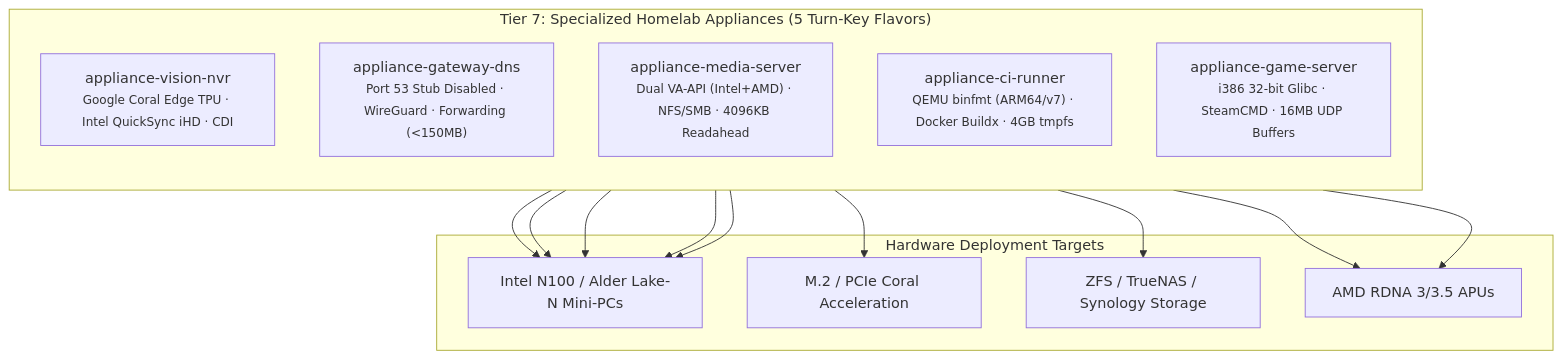
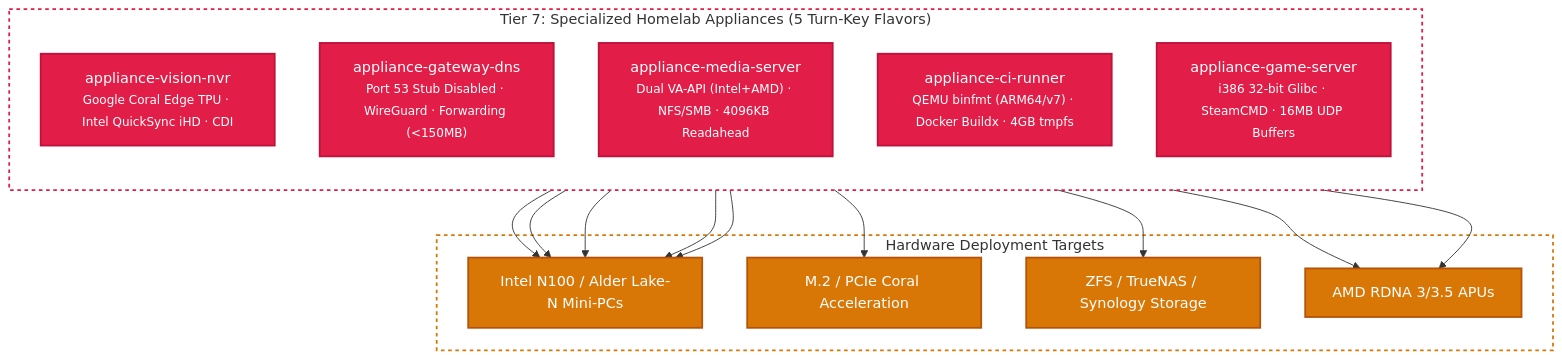
Before and after one commit to lusoris/lusoris-cloud-images: the diagram in docs/flavors/homelab-appliances.md, drawn with Mermaid. The commit also changed 53 other files, not shown here.

First line of the commit message:
feat(agents): implement ai studio managed agents fleet, compliance pipeline, and diagram styling (#24)

````diff
--- a/docs/flavors/homelab-appliances.md
+++ b/docs/flavors/homelab-appliances.md
@@ -14,24 +14,31 @@
 ```mermaid
 flowchart TD
+    %% Semantic class definitions with vibrant, high-contrast jewel palettes
+    classDef app fill:#e11d48,stroke:#be123c,stroke-width:2px,color:#ffffff
+    classDef hw fill:#d97706,stroke:#b45309,stroke-width:2px,color:#ffffff
+
     subgraph Tier7["Tier 7: Specialized Homelab Appliances (5 Turn-Key Flavors)"]
         direction TB
-        A1["appliance-vision-nvr<br/><small>Google Coral Edge TPU · Intel QuickSync iHD · CDI</small>"]
-        A2["appliance-gateway-dns<br/><small>Port 53 Stub Disabled · WireGuard · Forwarding (&lt;150MB)</small>"]
-        A3["appliance-media-server<br/><small>Dual VA-API (Intel+AMD) · NFS/SMB · 4096KB Readahead</small>"]
-        A4["appliance-ci-runner<br/><small>QEMU binfmt (ARM64/v7) · Docker Buildx · 4GB tmpfs</small>"]
-        A5["appliance-game-server<br/><small>i386 32-bit Glibc · SteamCMD · 16MB UDP Buffers</small>"]
+        A1["appliance-vision-nvr<br/><small>Google Coral Edge TPU · Intel QuickSync iHD · CDI</small>"]:::app
+        A2["appliance-gateway-dns<br/><small>Port 53 Stub Disabled · WireGuard · Forwarding (&lt;150MB)</small>"]:::app
+        A3["appliance-media-server<br/><small>Dual VA-API (Intel+AMD) · NFS/SMB · 4096KB Readahead</small>"]:::app
+        A4["appliance-ci-runner<br/><small>QEMU binfmt (ARM64/v7) · Docker Buildx · 4GB tmpfs</small>"]:::app
+        A5["appliance-game-server<br/><small>i386 32-bit Glibc · SteamCMD · 16MB UDP Buffers</small>"]:::app
     end
 
     subgraph HardwareTargets["Hardware Deployment Targets"]
-        N100["Intel N100 / Alder Lake-N Mini-PCs"]
-        CoralM2["M.2 / PCIe Coral Acceleration"]
-        NAS["ZFS / TrueNAS / Synology Storage"]
-        AMDAPU["AMD RDNA 3/3.5 APUs"]
+        N100["Intel N100 / Alder Lake-N Mini-PCs"]:::hw
+        CoralM2["M.2 / PCIe Coral Acceleration"]:::hw
+        NAS["ZFS / TrueNAS / Synology Storage"]:::hw
+        AMDAPU["AMD RDNA 3/3.5 APUs"]:::hw
     end
 
     A1 --> CoralM2 & N100
     A2 --> N100
     A3 --> N100 & AMDAPU & NAS
     A4 --> N100
     A5 --> N100 & AMDAPU
+
+    style Tier7 fill:none,stroke:#e11d48,stroke-width:2px,stroke-dasharray: 4 4
+    style HardwareTargets fill:none,stroke:#d97706,stroke-width:2px,stroke-dasharray: 4 4
 ```
````
